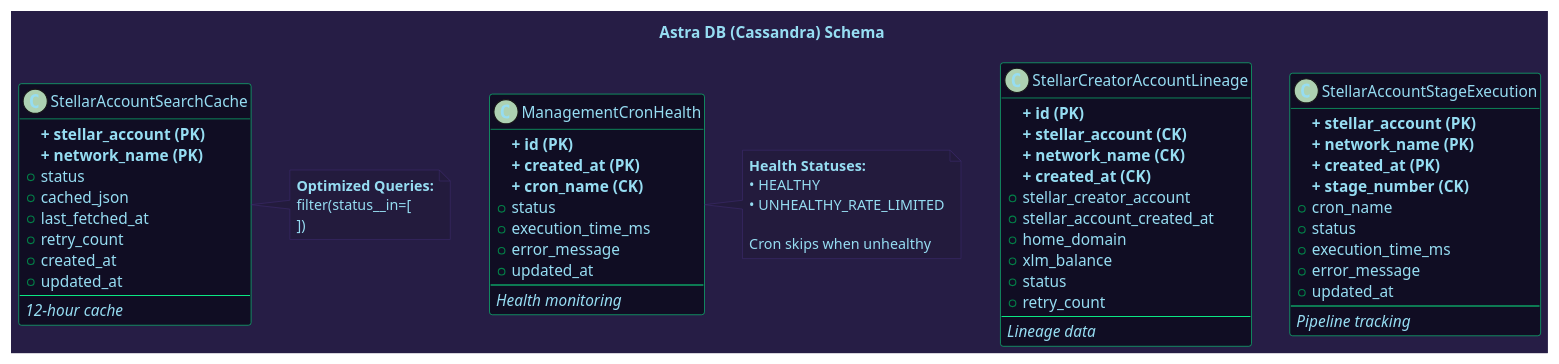
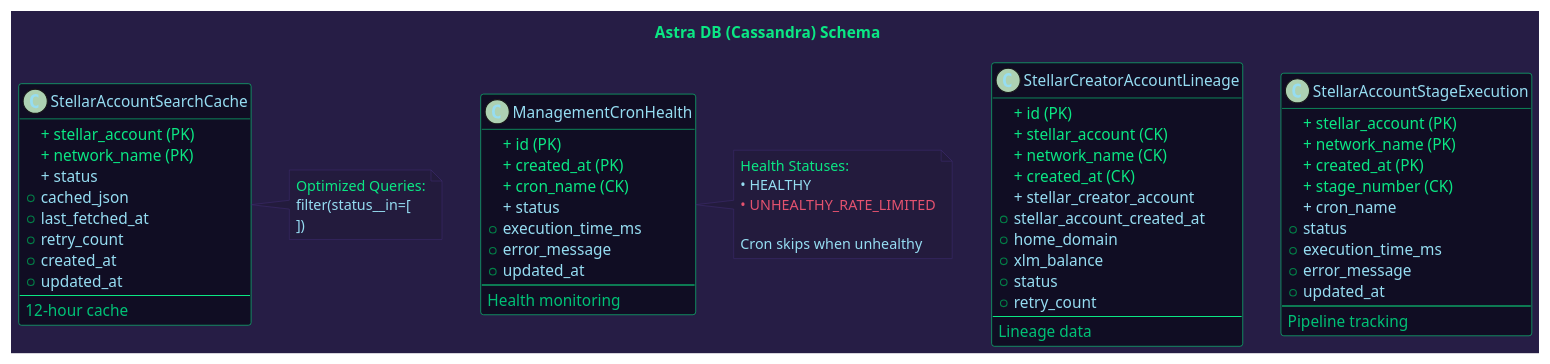
The diagram in diagrams/03_database_schema.puml (areveur51/StellarMapWeb), drawn with PlantUML before and after one commit. The commit also changed 9 other files, not shown here.

First line of the commit message:
Update diagrams to correctly display image colors and formatting

```diff
--- a/diagrams/03_database_schema.puml
+++ b/diagrams/03_database_schema.puml
@@ -1,92 +1,92 @@
 @startuml Database Schema
 
 skinparam backgroundColor #261D45
 skinparam defaultFontColor #96DDF2
 
 skinparam class {
   BackgroundColor #100D23
   BorderColor #0BE784
   FontColor #96DDF2
   ArrowColor #01C176
 }
 
 skinparam note {
   BackgroundColor #231B3D
   BorderColor #3f2c70
   FontColor #96DDF2
 }
 
-title Astra DB (Cassandra) Schema
+title <color:#0BE784>Astra DB (Cassandra) Schema
 
 class StellarAccountSearchCache {
-  **+ stellar_account (PK)**
-  **+ network_name (PK)**
-  + status
+  <color:#0BE784>+ stellar_account (PK)
+  <color:#0BE784>+ network_name (PK)
+  <color:#96DDF2>+ status
   + cached_json
   + last_fetched_at
   + retry_count
   + created_at
   + updated_at
   --
-  //12-hour cache//
+  <color:#01C176>12-hour cache
 }
 
 class StellarCreatorAccountLineage {
-  **+ id (PK)**
-  **+ stellar_account (CK)**
-  **+ network_name (CK)**
-  **+ created_at (CK)**
-  + stellar_creator_account
+  <color:#0BE784>+ id (PK)
+  <color:#0BE784>+ stellar_account (CK)
+  <color:#0BE784>+ network_name (CK)
+  <color:#0BE784>+ created_at (CK)
+  <color:#96DDF2>+ stellar_creator_account
   + stellar_account_created_at
   + home_domain
   + xlm_balance
   + status
   + retry_count
   --
-  //Lineage data//
+  <color:#01C176>Lineage data
 }
 
 class StellarAccountStageExecution {
-  **+ stellar_account (PK)**
-  **+ network_name (PK)**
-  **+ created_at (PK)**
-  **+ stage_number (CK)**
-  + cron_name
+  <color:#0BE784>+ stellar_account (PK)
+  <color:#0BE784>+ network_name (PK)
+  <color:#0BE784>+ created_at (PK)
+  <color:#0BE784>+ stage_number (CK)
+  <color:#96DDF2>+ cron_name
   + status
   + execution_time_ms
   + error_message
   + updated_at
   --
-  //Pipeline tracking//
+  <color:#01C176>Pipeline tracking
 }
 
 class ManagementCronHealth {
-  **+ id (PK)**
-  **+ created_at (PK)**
-  **+ cron_name (CK)**
-  + status
+  <color:#0BE784>+ id (PK)
+  <color:#0BE784>+ created_at (PK)
+  <color:#0BE784>+ cron_name (CK)
+  <color:#96DDF2>+ status
   + execution_time_ms
   + error_message
   + updated_at
   --
-  //Health monitoring//
+  <color:#01C176>Health monitoring
 }
 
 note right of StellarAccountSearchCache #231B3D
-  **Optimized Queries:**
-  filter(status__in=[
+  <color:#0BE784>Optimized Queries:
+  <color:#96DDF2>filter(status__in=[
     'PENDING',
     'IN_PROGRESS',
     'RE_INQUIRY'
   ])
 end note
 
 note right of ManagementCronHealth #231B3D
-  **Health Statuses:**
-  • HEALTHY
-  • UNHEALTHY_RATE_LIMITED
+  <color:#0BE784>Health Statuses:
+  <color:#96DDF2>• HEALTHY
+  <color:#E5526F>• UNHEALTHY_RATE_LIMITED
   
-  Cron skips when unhealthy
+  <color:#96DDF2>Cron skips when unhealthy
 end note
 
 @enduml
```
